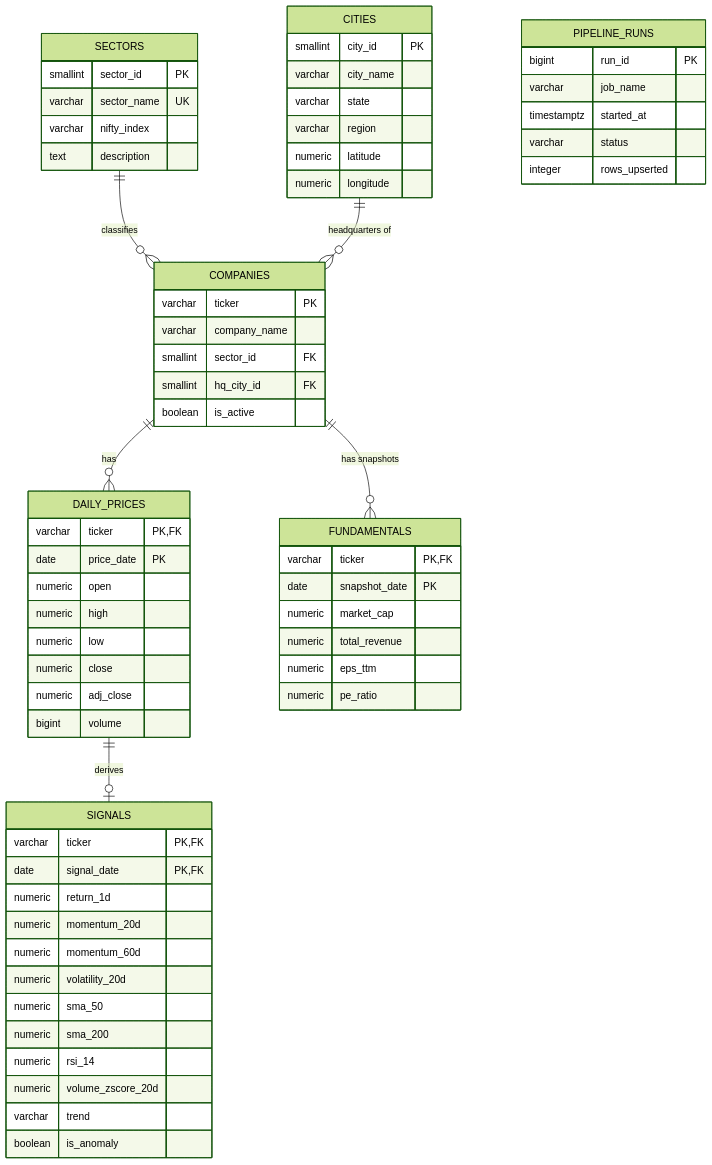
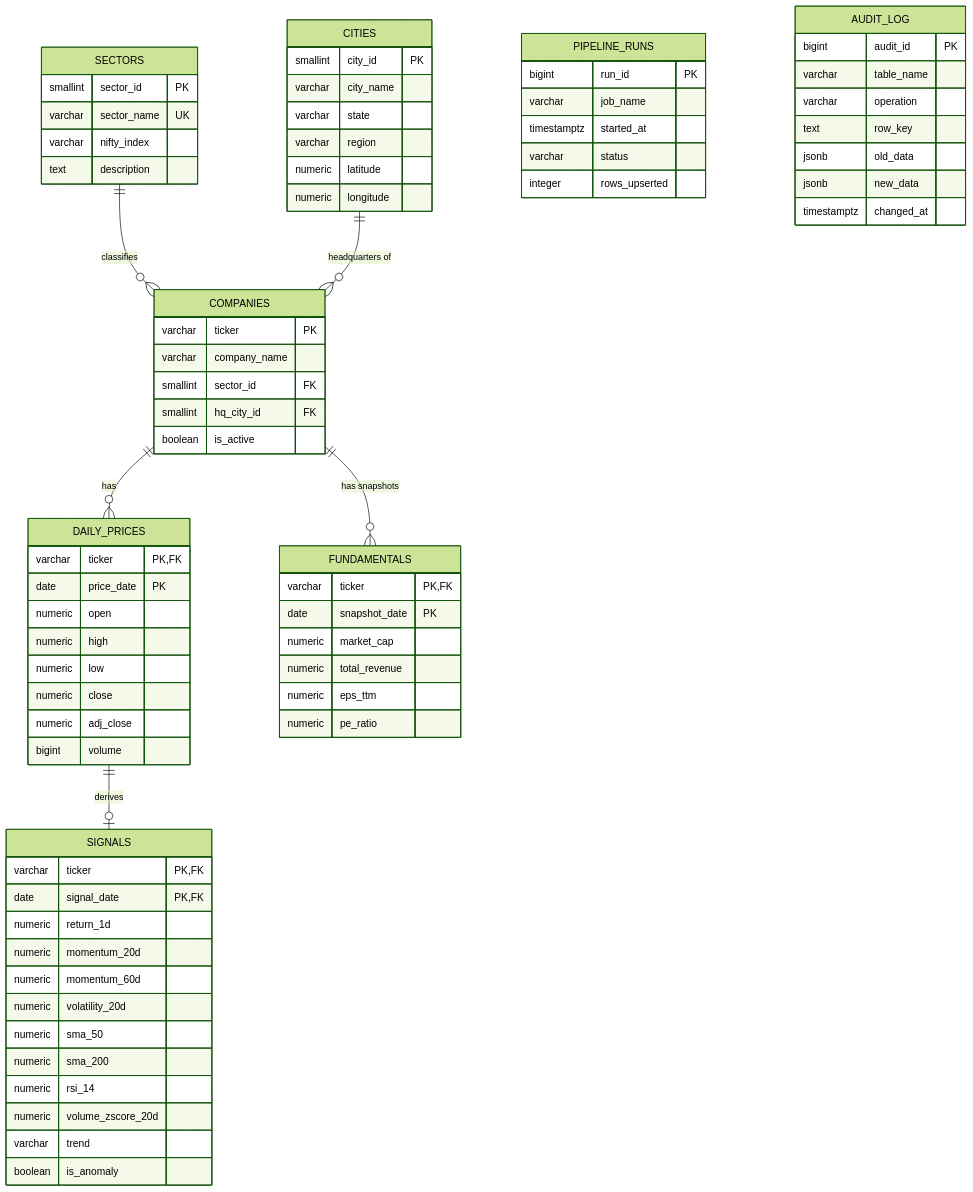
The diagram in docs/ER_DIAGRAM.md (Bhavex/market-intelligence-pg), drawn with Mermaid (forest theme) before and after one commit. The commit also changed other lines of this file and 4 other files, not shown here.

Commit message:
Add triggers, audit log, stored procedure, read-only role, viva + transaction demos

````diff
--- a/docs/ER_DIAGRAM.md
+++ b/docs/ER_DIAGRAM.md
@@ -3,69 +3,78 @@
 ```mermaid
 erDiagram
     SECTORS   ||--o{ COMPANIES     : "classifies"
     CITIES    ||--o{ COMPANIES     : "headquarters of"
     COMPANIES ||--o{ DAILY_PRICES  : "has"
     COMPANIES ||--o{ FUNDAMENTALS  : "has snapshots"
     DAILY_PRICES ||--o| SIGNALS    : "derives"
 
     SECTORS {
         smallint sector_id PK
         varchar  sector_name UK
         varchar  nifty_index
         text     description
     }
     CITIES {
         smallint city_id PK
         varchar  city_name
         varchar  state
         varchar  region
         numeric  latitude
         numeric  longitude
     }
     COMPANIES {
         varchar  ticker PK
         varchar  company_name
         smallint sector_id FK
         smallint hq_city_id FK
         boolean  is_active
     }
     DAILY_PRICES {
         varchar ticker PK, FK
         date    price_date PK
         numeric open
         numeric high
         numeric low
         numeric close
         numeric adj_close
         bigint  volume
     }
     SIGNALS {
         varchar ticker PK, FK
         date    signal_date PK, FK
         numeric return_1d
         numeric momentum_20d
         numeric momentum_60d
         numeric volatility_20d
         numeric sma_50
         numeric sma_200
         numeric rsi_14
         numeric volume_zscore_20d
         varchar trend
         boolean is_anomaly
     }
     FUNDAMENTALS {
         varchar ticker PK, FK
         date    snapshot_date PK
         numeric market_cap
         numeric total_revenue
         numeric eps_ttm
         numeric pe_ratio
     }
     PIPELINE_RUNS {
         bigint      run_id PK
         varchar     job_name
         timestamptz started_at
         varchar     status
         integer     rows_upserted
     }
+    AUDIT_LOG {
+        bigint      audit_id PK
+        varchar     table_name
+        varchar     operation
+        text        row_key
+        jsonb       old_data
+        jsonb       new_data
+        timestamptz changed_at
+    }
 ```
````
